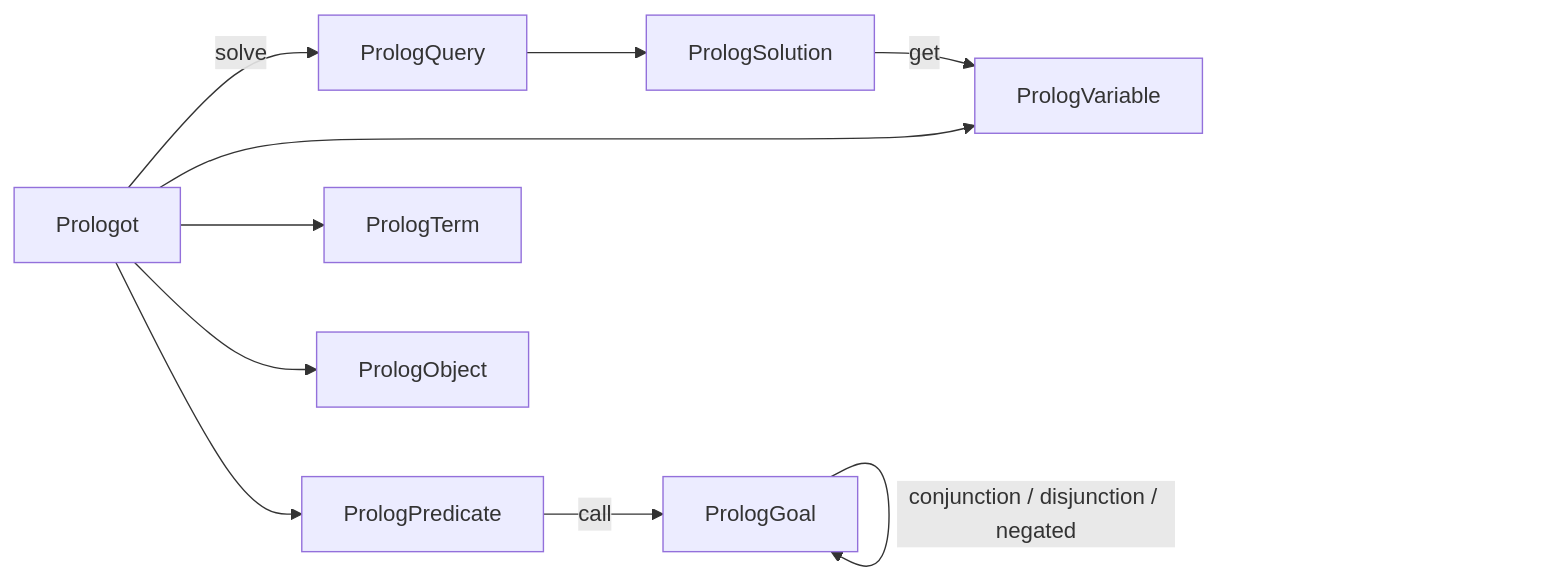
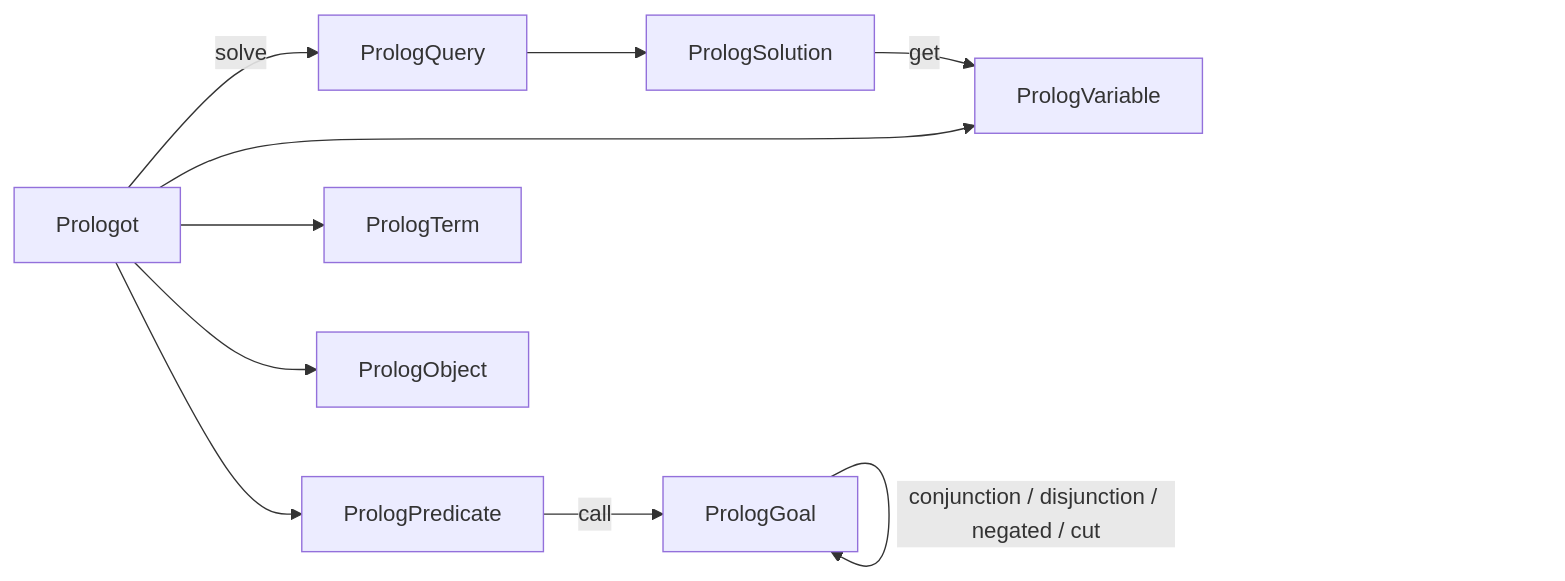
Before and after one commit to Lecrapouille/Prologot: the diagram in doc/API.md, drawn with Mermaid. The commit also changed other lines of this file and 13 other files, not shown here.

First line of the commit message:
Share expose_* across handles, wipe on create, and add goal.cut().

````diff
--- a/doc/API.md
+++ b/doc/API.md
@@ -53,12 +53,12 @@
 ```mermaid
 flowchart LR
   Prologot --> PrologPredicate
   PrologPredicate -->|call| PrologGoal
-  PrologGoal -->|conjunction / disjunction / negated| PrologGoal
+  PrologGoal -->|conjunction / disjunction / negated / cut| PrologGoal
   Prologot -->|solve| PrologQuery
   PrologQuery --> PrologSolution
   PrologSolution -->|get| PrologVariable
   Prologot --> PrologVariable
   Prologot --> PrologTerm
   Prologot --> PrologObject
 ```
````
